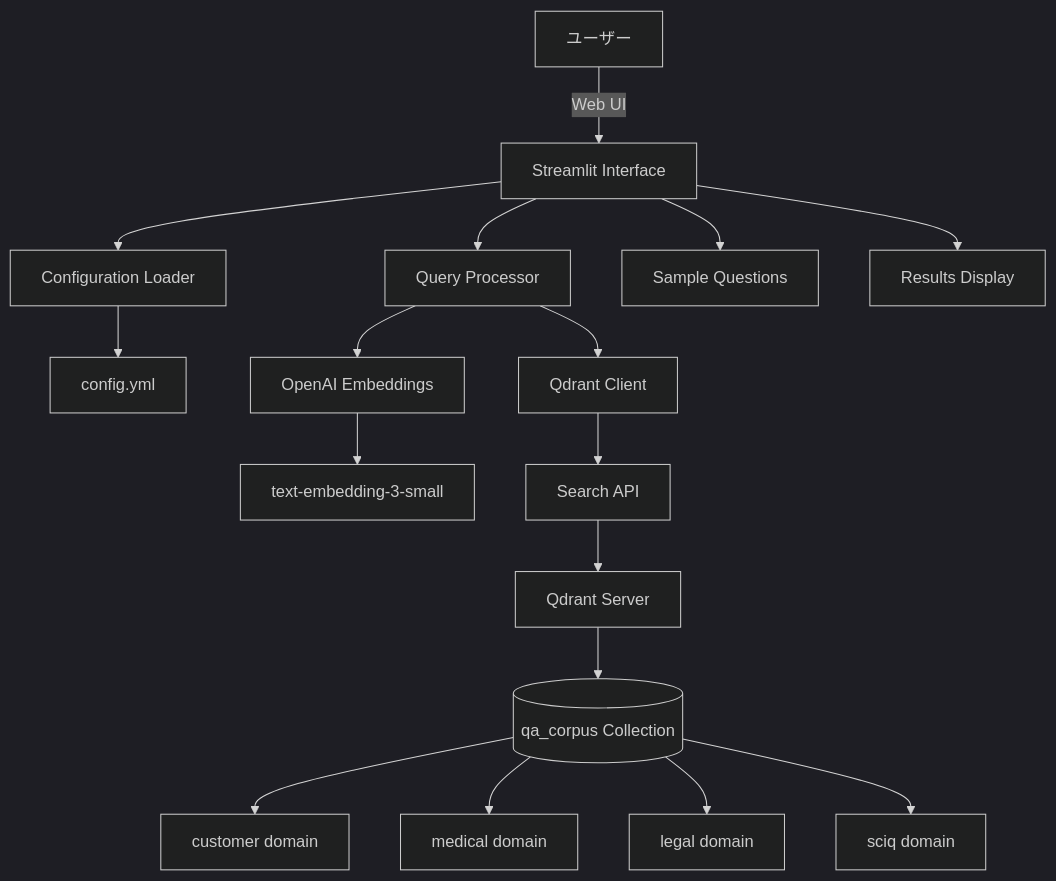
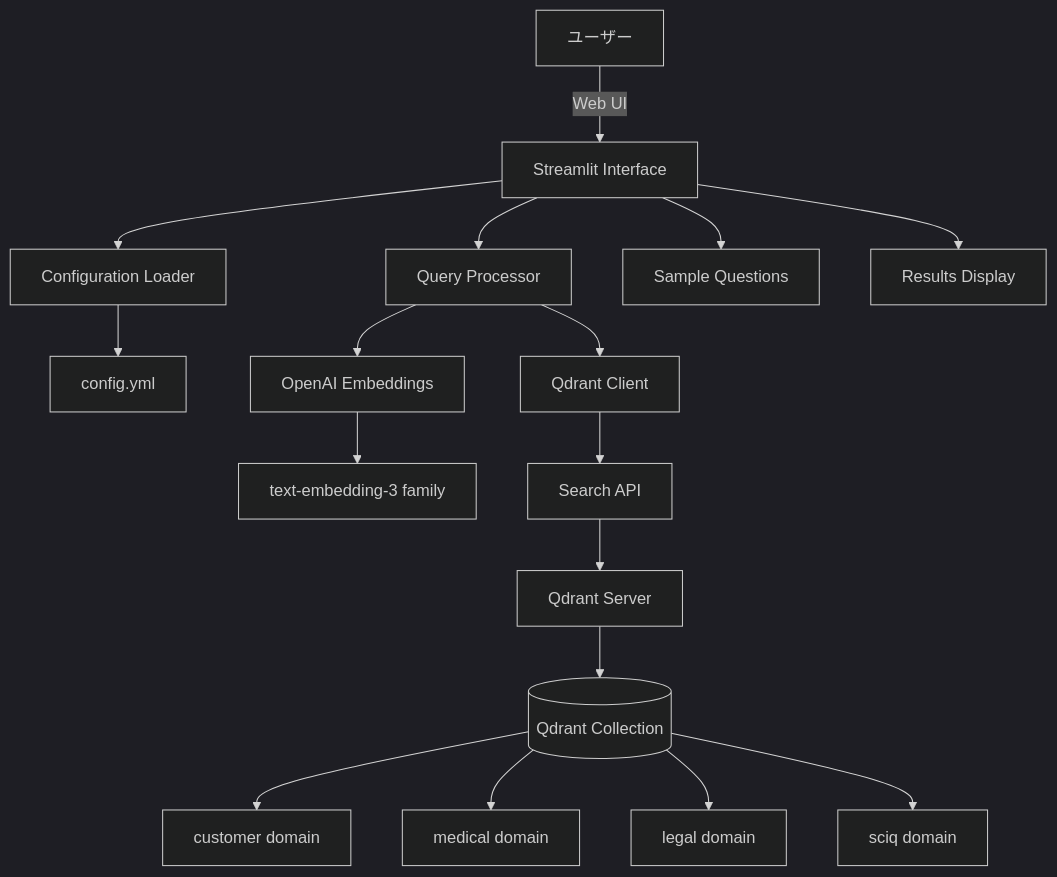
The first of 3 diagrams in doc/a50_rag_search_local_qdrant.md (nakashima2toshio/openai_rag_jp), drawn with Mermaid (dark theme) before and after one commit. The commit also changed other lines of this file and 17 other files, not shown here.

````diff
--- a/doc/a50_rag_search_local_qdrant.md
+++ b/doc/a50_rag_search_local_qdrant.md
@@ -44,26 +47,26 @@
 ```mermaid
 graph TD
     A[ユーザー] -->|Web UI| B[Streamlit Interface]
     B --> C[Configuration Loader]
     B --> D[Query Processor]
     
     C --> E[config.yml]
     
     D --> F[OpenAI Embeddings]
     D --> G[Qdrant Client]
     
-    F --> H[text-embedding-3-small]
+    F --> H[text-embedding-3 family]
     
     G --> I[Search API]
     I --> J[Qdrant Server]
     
-    J --> K[(qa_corpus Collection)]
+    J --> K[(Qdrant Collection)]
     
     K --> L[customer domain]
     K --> M[medical domain]
     K --> N[legal domain]
     K --> O[sciq domain]
     
     B --> P[Sample Questions]
     B --> Q[Results Display]
 ```
````
